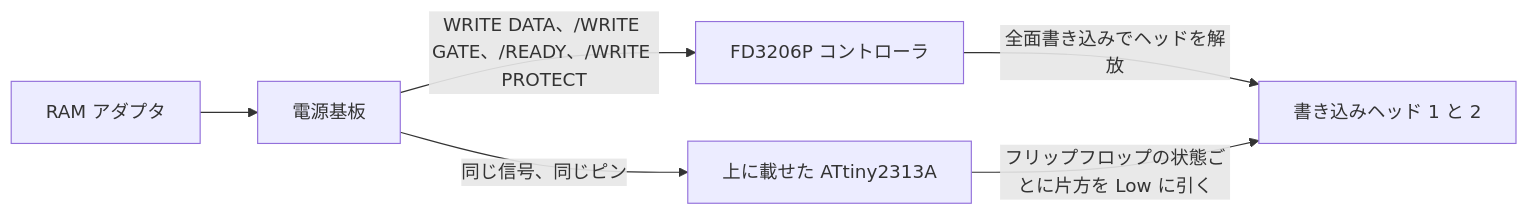
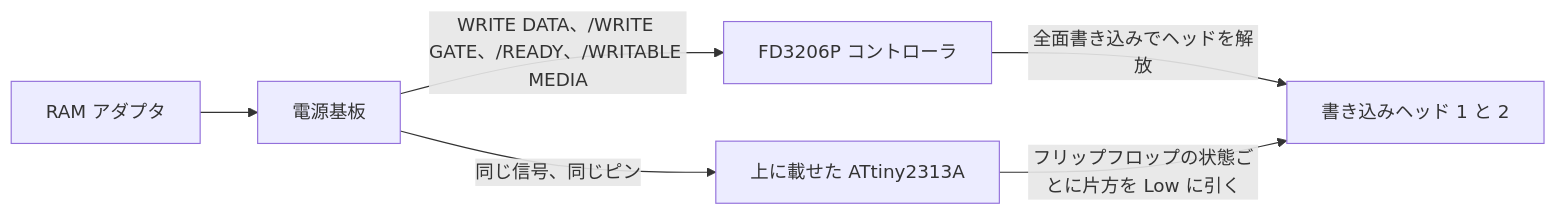
The diagram in README.ja.md (gufranco/fd3206-write-unlock), drawn with Mermaid before and after one commit. The commit also changed other lines of this file and 12 other files, not shown here.

````diff
--- a/README.ja.md
+++ b/README.ja.md
@@ -109,8 +109,8 @@
 ```mermaid
 graph LR
     RAM[RAM アダプタ] --> PWR[電源基板]
-    PWR -->|WRITE DATA、/WRITE GATE、/READY、/WRITE PROTECT| FD[FD3206P コントローラ]
+    PWR -->|WRITE DATA、/WRITE GATE、/READY、/WRITABLE MEDIA| FD[FD3206P コントローラ]
     PWR -->|同じ信号、同じピン| AT[上に載せた ATtiny2313A]
     FD -->|全面書き込みでヘッドを解放| HEADS[書き込みヘッド 1 と 2]
     AT -->|フリップフロップの状態ごとに片方を Low に引く| HEADS
 ```
````
